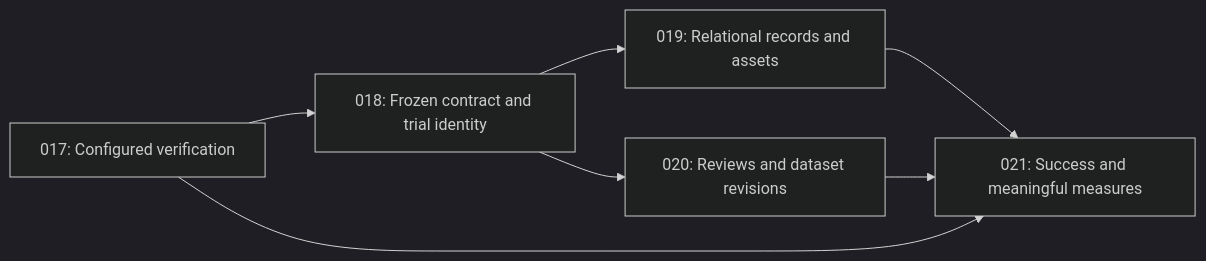
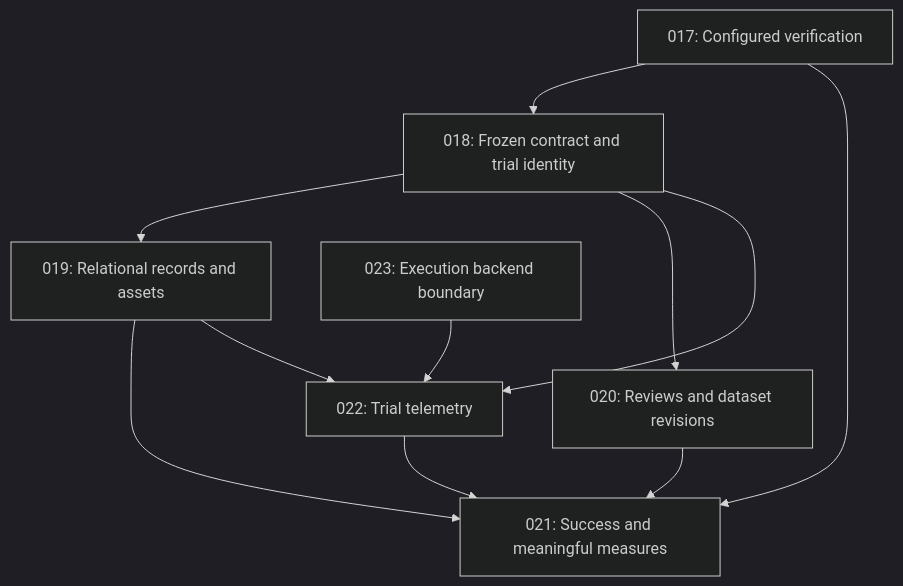
One commit to niksacdev/rove changed the diagram in docs/architecture/README.md. Above: the diagram before and after it, drawn with Mermaid (dark theme). The commit also changed other lines of this file and 13 other files, not shown here.

Commit message:
Clarify trial telemetry and robotics harness direction

````diff
--- a/docs/architecture/README.md
+++ b/docs/architecture/README.md
@@ -15,9 +17,13 @@
 ```mermaid
-flowchart LR
+flowchart TD
     V[017: Configured verification] --> C[018: Frozen contract and trial identity]
     C --> S[019: Relational records and assets]
     C --> H[020: Reviews and dataset revisions]
     H --> M[021: Success and meaningful measures]
     V --> M
     S --> M
+    C --> T[022: Trial telemetry]
+    S --> T
+    T --> M
+    E[023: Execution backend boundary] --> T
 ```
````
